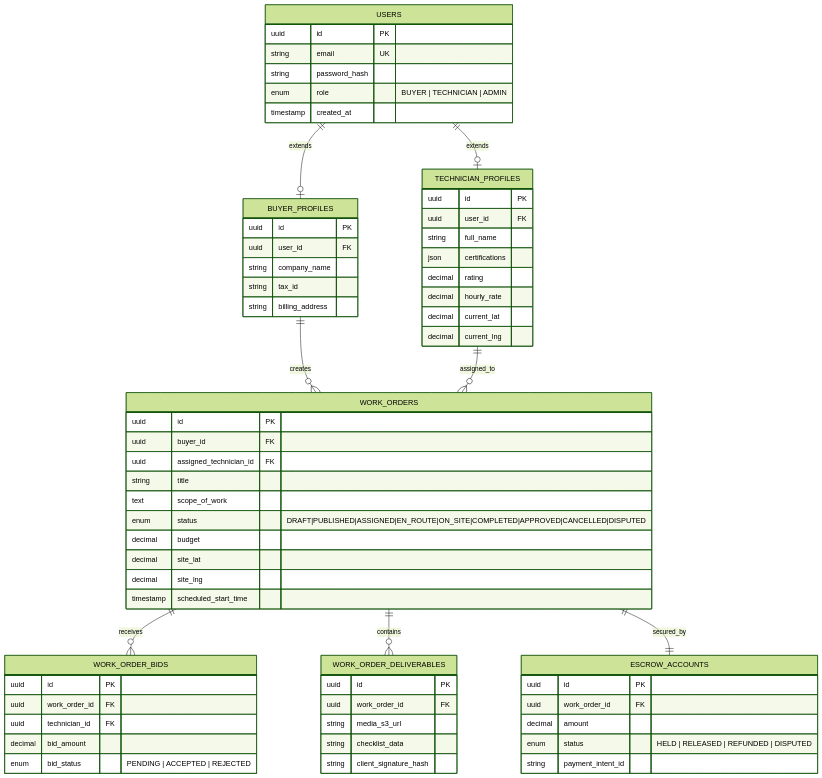
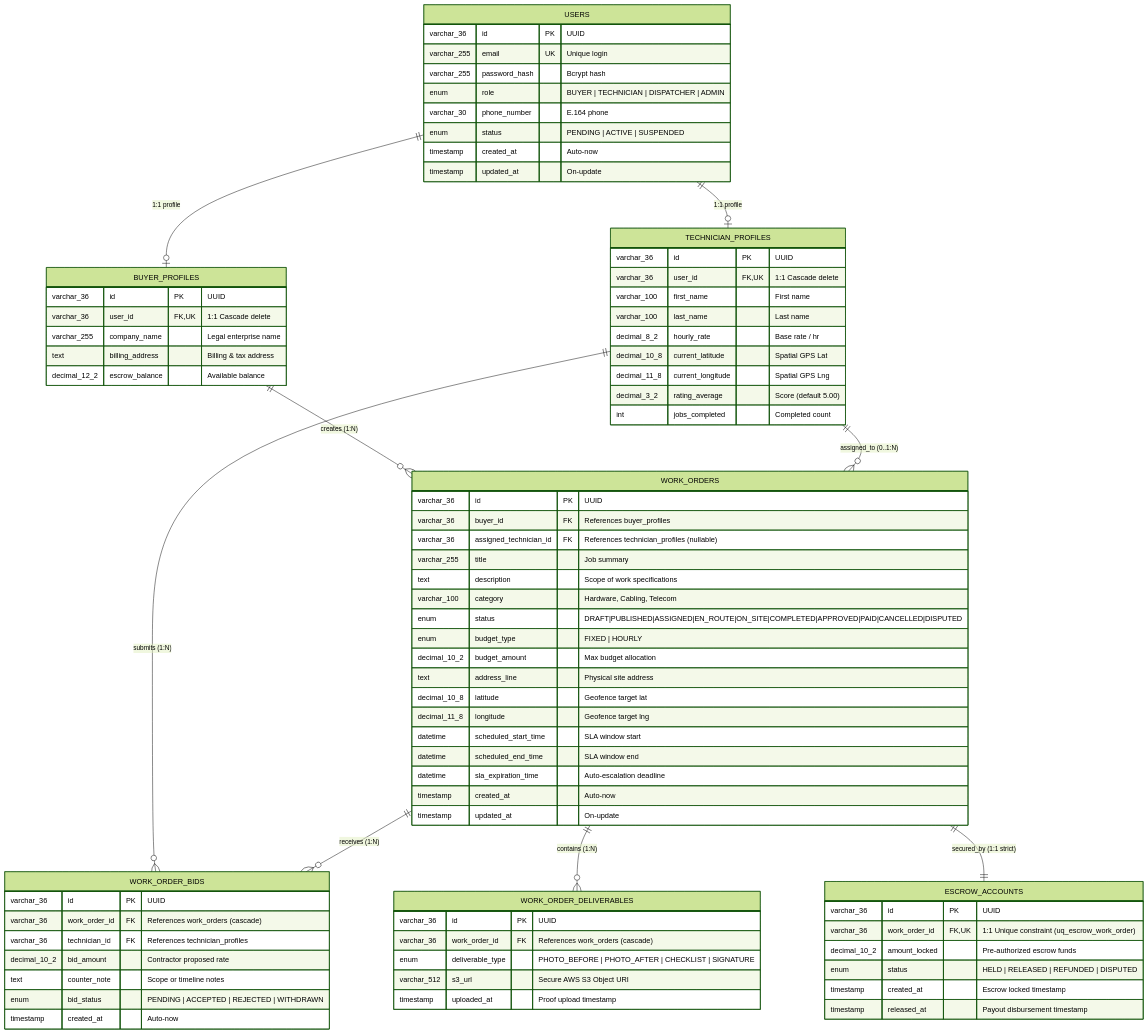
Before and after one commit to satya-ranjon/FieldForge: the third of 5 diagrams in README.md, drawn with Mermaid (forest theme). The commit also changed other lines of this file, not shown here.

````diff
--- a/README.md
+++ b/README.md
@@ -185,74 +184,89 @@
 ```mermaid
 erDiagram
-    USERS ||--o| BUYER_PROFILES : "extends"
-    USERS ||--o| TECHNICIAN_PROFILES : "extends"
-    BUYER_PROFILES ||--o{ WORK_ORDERS : "creates"
-    TECHNICIAN_PROFILES ||--o{ WORK_ORDERS : "assigned_to"
-    WORK_ORDERS ||--o{ WORK_ORDER_BIDS : "receives"
-    WORK_ORDERS ||--o{ WORK_ORDER_DELIVERABLES : "contains"
-    WORK_ORDERS ||--|| ESCROW_ACCOUNTS : "secured_by"
+    USERS ||--o| BUYER_PROFILES : "1:1 profile"
+    USERS ||--o| TECHNICIAN_PROFILES : "1:1 profile"
+    BUYER_PROFILES ||--o{ WORK_ORDERS : "creates (1:N)"
+    TECHNICIAN_PROFILES ||--o{ WORK_ORDERS : "assigned_to (0..1:N)"
+    TECHNICIAN_PROFILES ||--o{ WORK_ORDER_BIDS : "submits (1:N)"
+    WORK_ORDERS ||--o{ WORK_ORDER_BIDS : "receives (1:N)"
+    WORK_ORDERS ||--o{ WORK_ORDER_DELIVERABLES : "contains (1:N)"
+    WORK_ORDERS ||--|| ESCROW_ACCOUNTS : "secured_by (1:1 strict)"
 
     USERS {
-        uuid id PK
-        string email UK
-        string password_hash
-        enum role "BUYER | TECHNICIAN | ADMIN"
-        timestamp created_at
+        varchar_36 id PK "UUID"
+        varchar_255 email UK "Unique login"
+        varchar_255 password_hash "Bcrypt hash"
+        enum role "BUYER | TECHNICIAN | DISPATCHER | ADMIN"
+        varchar_30 phone_number "E.164 phone"
+        enum status "PENDING | ACTIVE | SUSPENDED"
+        timestamp created_at "Auto-now"
+        timestamp updated_at "On-update"
     }
 
     BUYER_PROFILES {
-        uuid id PK
-        uuid user_id FK
-        string company_name
-        string tax_id
-        string billing_address
+        varchar_36 id PK "UUID"
+        varchar_36 user_id FK,UK "1:1 Cascade delete"
+        varchar_255 company_name "Legal enterprise name"
+        text billing_address "Billing & tax address"
+        decimal_12_2 escrow_balance "Available balance"
     }
 
     TECHNICIAN_PROFILES {
-        uuid id PK
-        uuid user_id FK
-        string full_name
-        json certifications
-        decimal rating
-        decimal hourly_rate
-        decimal current_lat
-        decimal current_lng
+        varchar_36 id PK "UUID"
+        varchar_36 user_id FK,UK "1:1 Cascade delete"
+        varchar_100 first_name "First name"
+        varchar_100 last_name "Last name"
+        decimal_8_2 hourly_rate "Base rate / hr"
+        decimal_10_8 current_latitude "Spatial GPS Lat"
+        decimal_11_8 current_longitude "Spatial GPS Lng"
+        decimal_3_2 rating_average "Score (default 5.00)"
+        int jobs_completed "Completed count"
     }
 
     WORK_ORDERS {
-        uuid id PK
-        uuid buyer_id FK
-        uuid assigned_technician_id FK
-        string title
-        text scope_of_work
-        enum status "DRAFT|PUBLISHED|ASSIGNED|EN_ROUTE|ON_SITE|COMPLETED|APPROVED|CANCELLED|DISPUTED"
-        decimal budget
-        decimal site_lat
-        decimal site_lng
-        timestamp scheduled_start_time
+        varchar_36 id PK "UUID"
+        varchar_36 buyer_id FK "References buyer_profiles"
+        varchar_36 assigned_technician_id FK "References technician_profiles (nullable)"
+        varchar_255 title "Job summary"
+        text description "Scope of work specifications"
+        varchar_100 category "Hardware, Cabling, Telecom"
+        enum status "DRAFT|PUBLISHED|ASSIGNED|EN_ROUTE|ON_SITE|COMPLETED|APPROVED|PAID|CANCELLED|DISPUTED"
+        enum budget_type "FIXED | HOURLY"
+        decimal_10_2 budget_amount "Max budget allocation"
+        text address_line "Physical site address"
+        decimal_10_8 latitude "Geofence target lat"
+        decimal_11_8 longitude "Geofence target lng"
+        datetime scheduled_start_time "SLA window start"
+        datetime scheduled_end_time "SLA window end"
+        datetime sla_expiration_time "Auto-escalation deadline"
+        timestamp created_at "Auto-now"
+        timestamp updated_at "On-update"
     }
 
     WORK_ORDER_BIDS {
-        uuid id PK
-        uuid work_order_id FK
-        uuid technician_id FK
-        decimal bid_amount
-        enum bid_status "PENDING | ACCEPTED | REJECTED"
+        varchar_36 id PK "UUID"
+        varchar_36 work_order_id FK "References work_orders (cascade)"
+        varchar_36 technician_id FK "References technician_profiles"
+        decimal_10_2 bid_amount "Contractor proposed rate"
+        text counter_note "Scope or timeline notes"
+        enum bid_status "PENDING | ACCEPTED | REJECTED | WITHDRAWN"
+        timestamp created_at "Auto-now"
     }
 
     WORK_ORDER_DELIVERABLES {
-        uuid id PK
-        uuid work_order_id FK
-        string media_s3_url
-        string checklist_data
-        string client_signature_hash
+        varchar_36 id PK "UUID"
+        varchar_36 work_order_id FK "References work_orders (cascade)"
+        enum deliverable_type "PHOTO_BEFORE | PHOTO_AFTER | CHECKLIST | SIGNATURE"
+        varchar_512 s3_url "Secure AWS S3 Object URI"
+        timestamp uploaded_at "Proof upload timestamp"
     }
 
     ESCROW_ACCOUNTS {
-        uuid id PK
-        uuid work_order_id FK
-        decimal amount
+        varchar_36 id PK "UUID"
+        varchar_36 work_order_id FK,UK "1:1 Unique constraint (uq_escrow_work_order)"
+        decimal_10_2 amount_locked "Pre-authorized escrow funds"
         enum status "HELD | RELEASED | REFUNDED | DISPUTED"
-        string payment_intent_id
+        timestamp created_at "Escrow locked timestamp"
+        timestamp released_at "Payout disbursement timestamp"
     }
 ```
````
